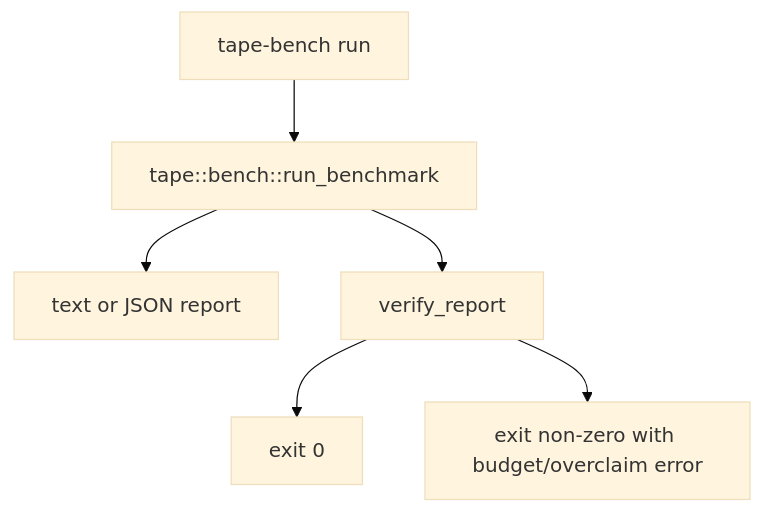
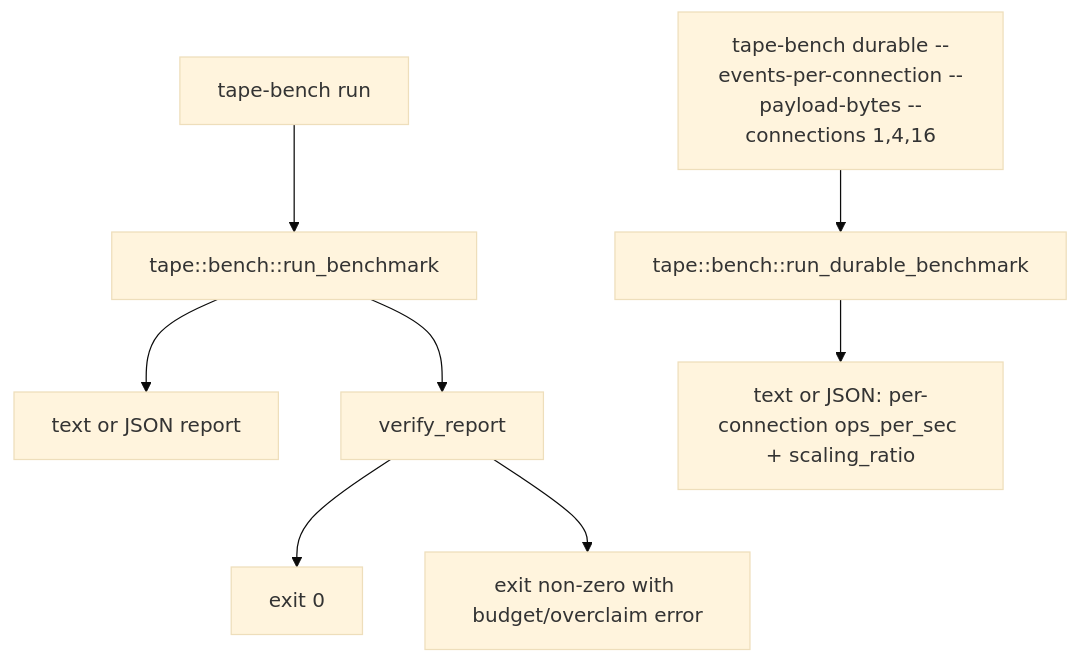
One commit to chrischeng-c4/axiom changed the diagram in apps/tape/tech-design/semantic/source/apps-tape-src-bin-tape-bench-rs.md. Above: the diagram before and after it, drawn with Mermaid (base theme). The commit also changed other lines of this file and 9 other files, not shown here.

````diff
--- a/apps/tape/tech-design/semantic/source/apps-tape-src-bin-tape-bench-rs.md
+++ b/apps/tape/tech-design/semantic/source/apps-tape-src-bin-tape-bench-rs.md
@@ -26,11 +31,14 @@
 ```mermaid
 ---
 id: tape-td-flow
 ---
 flowchart TD
     cli["tape-bench run"] --> report["tape::bench::run_benchmark"]
     report --> output["text or JSON report"]
     report --> verify["verify_report"]
     verify --> pass["exit 0"]
     verify --> fail["exit non-zero with budget/overclaim error"]
+
+    durable_cli["tape-bench durable --events-per-connection --payload-bytes --connections 1,4,16"] --> durable_report["tape::bench::run_durable_benchmark"]
+    durable_report --> durable_output["text or JSON: per-connection ops_per_sec + scaling_ratio"]
 ```
````
